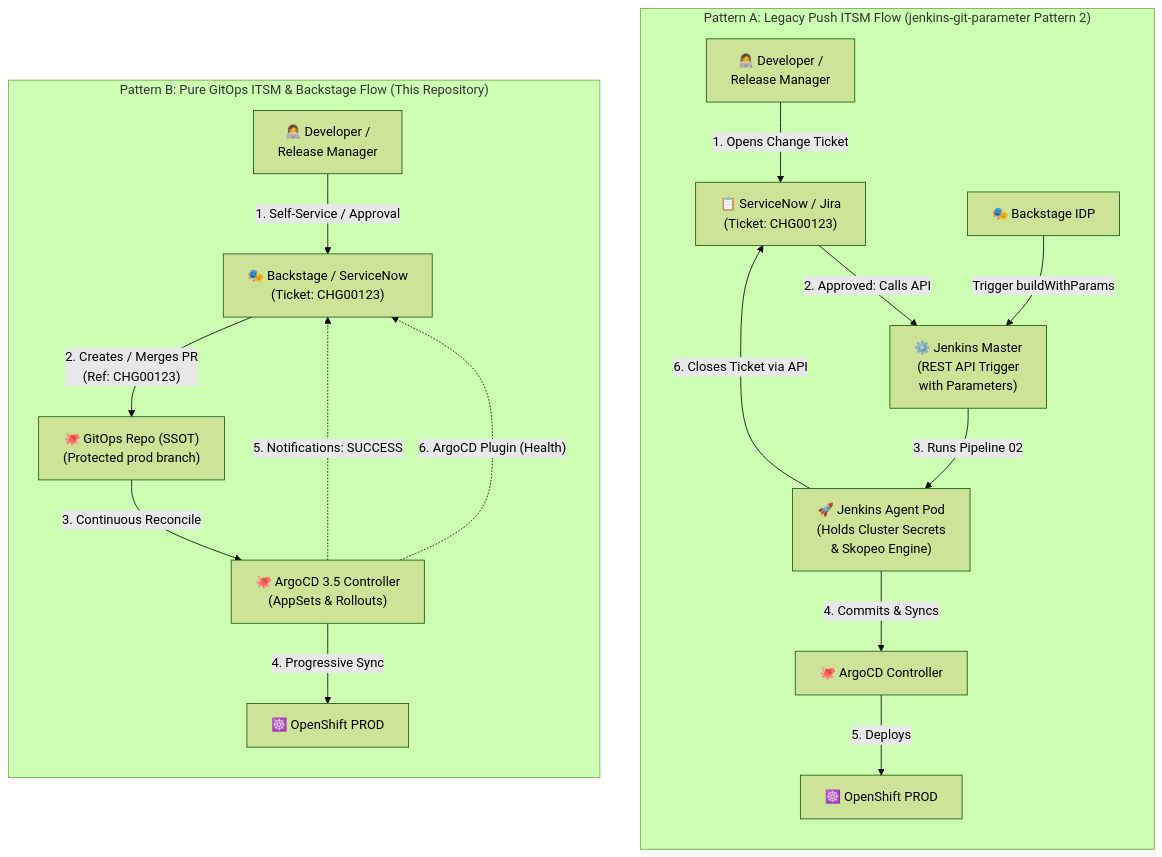
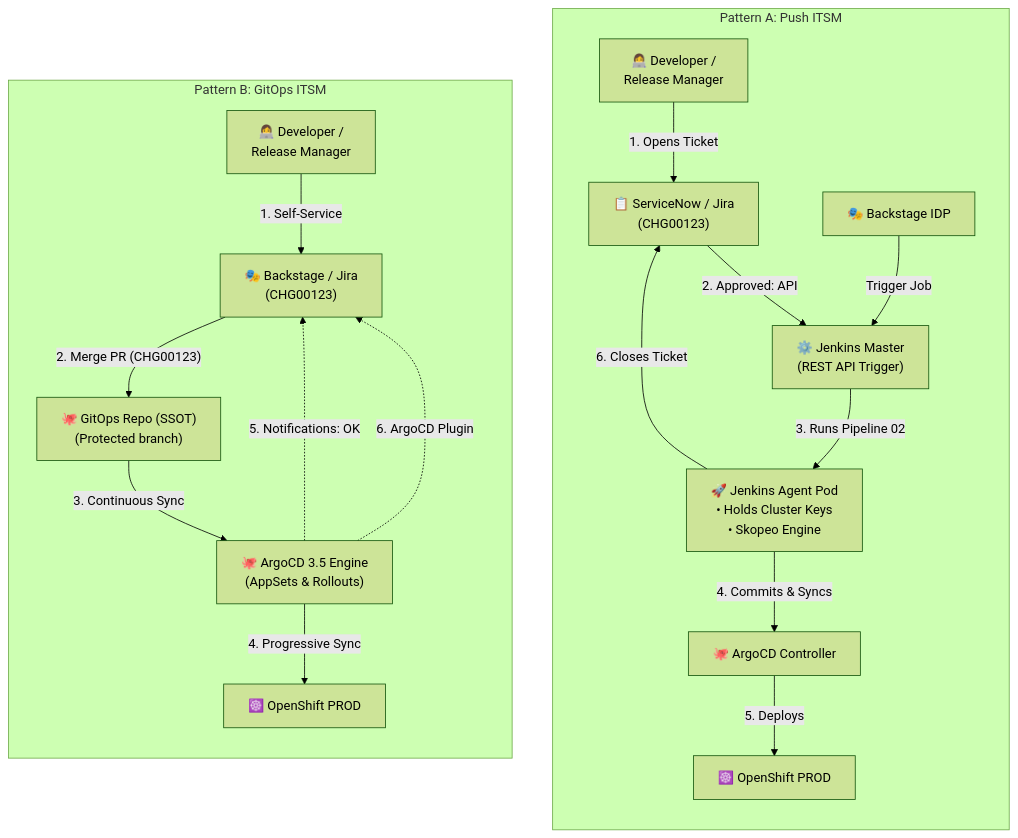
The fourth of 14 diagrams in README.md (nubenetes/jenkins-without-git-parameter), drawn with Mermaid (forest theme) before and after one commit. The commit also changed other lines of this file, not shown here.

Commit message:
fix(mermaid): enforce hard 20-char line limit on all diagram nodes to permanently prevent text clipping on GitHub

````diff
--- a/README.md
+++ b/README.md
@@ -420,24 +420,24 @@
 ```mermaid
 flowchart TB
-    subgraph LegacyITSM["Pattern A: Legacy Push ITSM Flow (jenkins-git-parameter Pattern 2)"]
+    subgraph LegacyITSM["Pattern A: Push ITSM"]
         direction TB
-        DevA["👩‍💻 Developer /<br/>Release Manager"] -->|"1. Opens Change Ticket"| ITSMA["📋 ServiceNow / Jira<br/>(Ticket: CHG00123)"]
-        ITSMA -->|"2. Approved: Calls API"| JMasterA["⚙️ Jenkins Master<br/>(REST API Trigger<br/>with Parameters)"]
-        JMasterA -->|"3. Runs Pipeline 02"| JAgentA["🚀 Jenkins Agent Pod<br/>(Holds Cluster Secrets<br/>& Skopeo Engine)"]
+        DevA["👩‍💻 Developer /<br/>Release Manager"] -->|"1. Opens Ticket"| ITSMA["📋 ServiceNow / Jira<br/>(CHG00123)"]
+        ITSMA -->|"2. Approved: API"| JMasterA["⚙️ Jenkins Master<br/>(REST API Trigger)"]
+        JMasterA -->|"3. Runs Pipeline 02"| JAgentA["🚀 Jenkins Agent Pod<br/>• Holds Cluster Keys<br/>• Skopeo Engine"]
         JAgentA -->|"4. Commits & Syncs"| ArgoA["🐙 ArgoCD Controller"]
         ArgoA -->|"5. Deploys"| K8sA["☸️ OpenShift PROD"]
-        JAgentA -->|"6. Closes Ticket via API"| ITSMA
-        BackstageA["🎭 Backstage IDP"] -->|"Trigger buildWithParams"| JMasterA
+        JAgentA -->|"6. Closes Ticket"| ITSMA
+        BackstageA["🎭 Backstage IDP"] -->|"Trigger Job"| JMasterA
     end
 
-    subgraph PureGitOpsITSM["Pattern B: Pure GitOps ITSM & Backstage Flow (This Repository)"]
+    subgraph PureGitOpsITSM["Pattern B: GitOps ITSM"]
         direction TB
-        DevB["👩‍💻 Developer /<br/>Release Manager"] -->|"1. Self-Service / Approval"| PortalB["🎭 Backstage / ServiceNow<br/>(Ticket: CHG00123)"]
-        PortalB -->|"2. Creates / Merges PR<br/>(Ref: CHG00123)"| GitB["🐙 GitOps Repo (SSOT)<br/>(Protected prod branch)"]
-        GitB -->|"3. Continuous Reconcile"| ArgoB["🐙 ArgoCD 3.5 Controller<br/>(AppSets & Rollouts)"]
+        DevB["👩‍💻 Developer /<br/>Release Manager"] -->|"1. Self-Service"| PortalB["🎭 Backstage / Jira<br/>(CHG00123)"]
+        PortalB -->|"2. Merge PR (CHG00123)"| GitB["🐙 GitOps Repo (SSOT)<br/>(Protected branch)"]
+        GitB -->|"3. Continuous Sync"| ArgoB["🐙 ArgoCD 3.5 Engine<br/>(AppSets & Rollouts)"]
         ArgoB -->|"4. Progressive Sync"| K8sB["☸️ OpenShift PROD"]
         
-        ArgoB -.->|"5. Notifications: SUCCESS"| PortalB
-        ArgoB -.->|"6. ArgoCD Plugin (Health)"| PortalB
+        ArgoB -.->|"5. Notifications: OK"| PortalB
+        ArgoB -.->|"6. ArgoCD Plugin"| PortalB
     end
 ```
````
